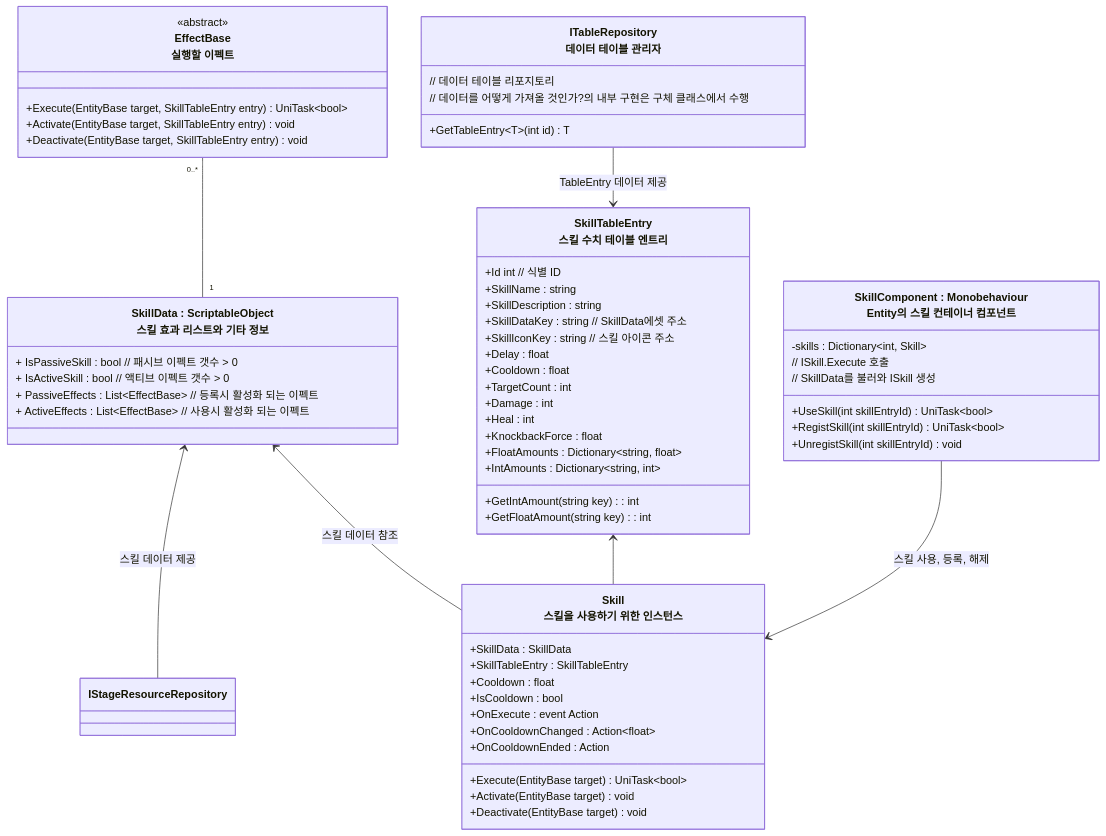
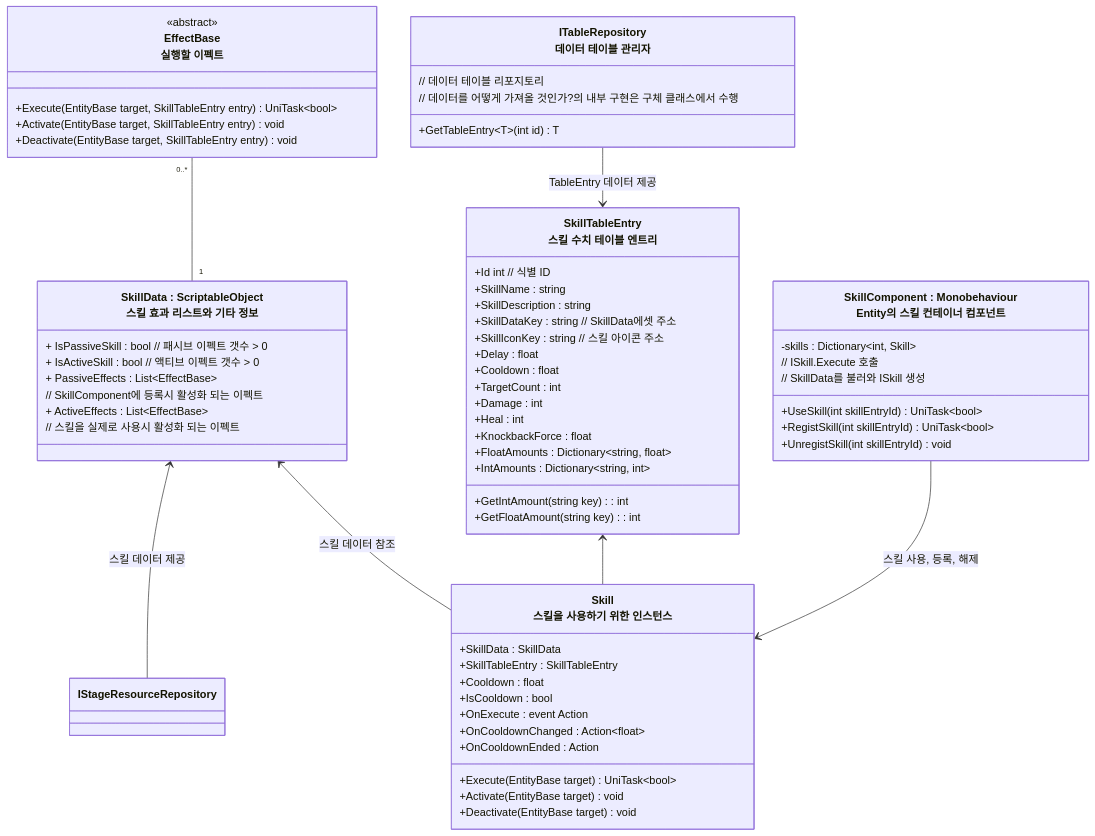
One commit to JIN5EOK/DungeonShooter changed the first of 3 diagrams in README/스킬시스템_설계.md. Above: the diagram before and after it, drawn with Mermaid. The commit also changed other lines of this file and 2 other files, not shown here.

Commit message:
docs: 아이템 스킬 사용구조 설계 구체화

````diff
--- a/README/스킬시스템_설계.md
+++ b/README/스킬시스템_설계.md
@@ -7,68 +7,70 @@
 ```mermaid
 classDiagram
     class EffectBase["EffectBase<br>실행할 이펙트"]{
         <<abstract>>
         +Execute(EntityBase target, SkillTableEntry entry) UniTask~bool~
         +Activate(EntityBase target, SkillTableEntry entry) void
         +Deactivate(EntityBase target, SkillTableEntry entry) void
     }
     
     class SkillData["SkillData : ScriptableObject<br>스킬 효과 리스트와 기타 정보"]{
 		+ IsPassiveSkill : bool // 패시브 이펙트 갯수 > 0
 		+ IsActiveSkill : bool // 액티브 이펙트 갯수 > 0
-        + PassiveEffects : List~EffectBase~ // 등록시 활성화 되는 이펙트
-        + ActiveEffects : List~EffectBase~ // 사용시 활성화 되는 이펙트
+        + PassiveEffects : List~EffectBase~ 
+        // SkillComponent에 등록시 활성화 되는 이펙트
+        + ActiveEffects : List~EffectBase~ 
+        // 스킬을 실제로 사용시 활성화 되는 이펙트
     }
 
     class Skill["Skill<br>스킬을 사용하기 위한 인스턴스"]{
         +SkillData : SkillData
         +SkillTableEntry : SkillTableEntry
         +Cooldown : float
         +IsCooldown : bool
         +OnExecute : event Action
         +OnCooldownChanged : Action~float~
         +OnCooldownEnded : Action
         +Execute(EntityBase target) UniTask~bool~
         +Activate(EntityBase target) void
         +Deactivate(EntityBase target) void
     }
 
 	class SkillTableEntry["SkillTableEntry<br>스킬 수치 테이블 엔트리"]{
 		+Id int // 식별 ID
 		+SkillName : string
 		+SkillDescription : string
 		+SkillDataKey : string // SkillData에셋 주소
 		+SkillIconKey : string // 스킬 아이콘 주소
 		+Delay : float
 		+Cooldown : float
 		+TargetCount : int
         +Damage : int
         +Heal : int
 		+KnockbackForce : float
 		+GetIntAmount(string key) : int
         +GetFloatAmount(string key) : int
         +FloatAmounts : Dictionary~string, float~
         +IntAmounts : Dictionary~string, int~
 	}
 	
     class SkillComponent["SkillComponent : Monobehaviour<br>Entity의 스킬 컨테이너 컴포넌트"]{
         -skills : Dictionary~int, Skill~
         +UseSkill(int skillEntryId) UniTask~bool~
         // ISkill.Execute 호출
         +RegistSkill(int skillEntryId) UniTask~bool~
         // SkillData를 불러와 ISkill 생성 
         +UnregistSkill(int skillEntryId) void
     }
     
 	class ITableRepository["ITableRepository<br>데이터 테이블 관리자"]{
 		// 데이터 테이블 리포지토리
 		// 데이터를 어떻게 가져올 것인가?의 내부 구현은 구체 클래스에서 수행
 		+GetTableEntry~T~(int id) T
 	}
 	SkillData <-- IStageResourceRepository : 스킬 데이터 제공
     SkillTableEntry <-- Skill
     SkillData <-- Skill : 스킬 데이터 참조
     EffectBase "0..*"--"1" SkillData
     SkillComponent --> Skill  : 스킬 사용, 등록, 해제 
     ITableRepository --> SkillTableEntry : TableEntry 데이터 제공
 ```
````
